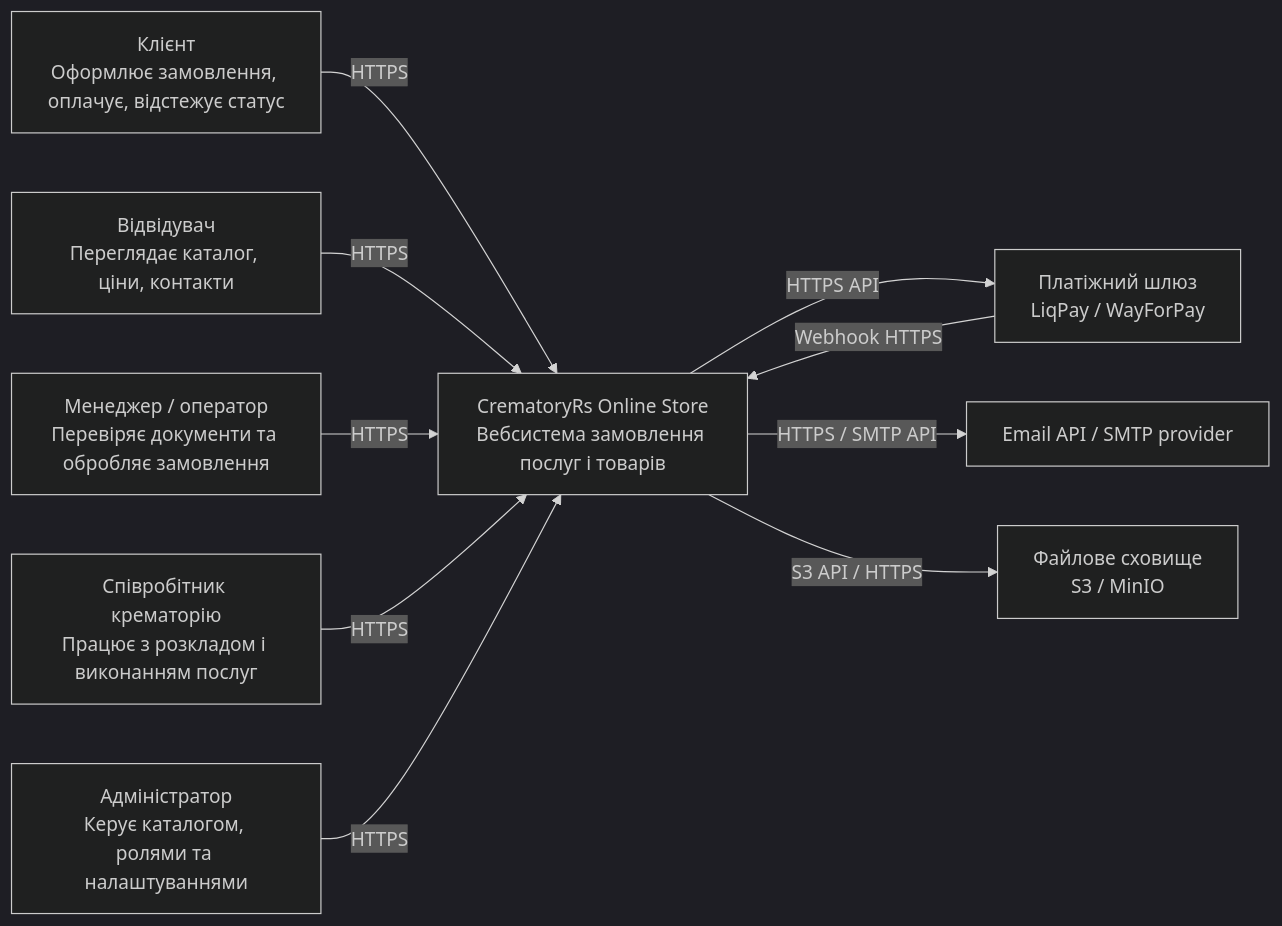
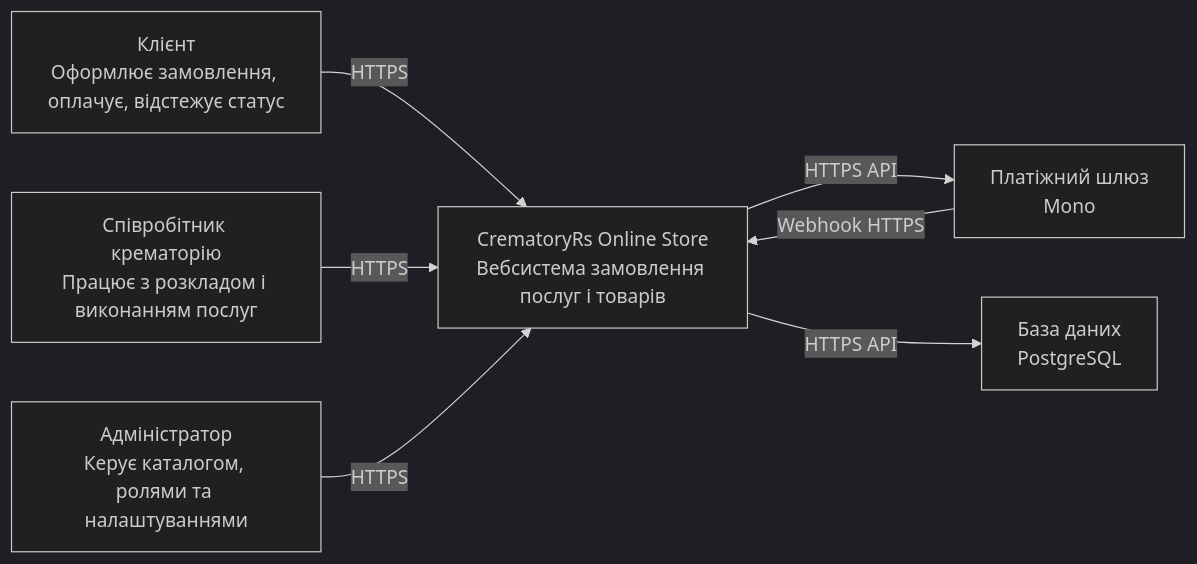
One commit to FantRS/TRVD_2026_404-TN_Kashper_Labs changed the first of 4 diagrams in server/notes/lab_2.md. Above: the diagram before and after it, drawn with Mermaid (dark theme). The commit also changed other lines of this file and 21 other files, not shown here.

````diff
--- a/server/notes/lab_2.md
+++ b/server/notes/lab_2.md
@@ -35,25 +35,19 @@
 ```mermaid
 flowchart LR
-    customer["Клієнт<br/>Оформлює замовлення, оплачує, відстежує статус"]
-    guest["Відвідувач<br/>Переглядає каталог, ціни, контакти"]
-    manager["Менеджер / оператор<br/>Перевіряє документи та обробляє замовлення"]
+    user["Клієнт<br/>Оформлює замовлення, оплачує, відстежує статус"]
     employee["Співробітник крематорію<br/>Працює з розкладом і виконанням послуг"]
     admin["Адміністратор<br/>Керує каталогом, ролями та налаштуваннями"]
 
     system["CrematoryRs Online Store<br/>Вебсистема замовлення послуг і товарів"]
 
-    payment["Платіжний шлюз<br/>LiqPay / WayForPay"]
-    mail["Email API / SMTP provider"]
-    storage["Файлове сховище<br/>S3 / MinIO"]
+    payment["Платіжний шлюз<br/>Mono"]
+    database["База даних<br />PostgreSQL"]
 
-    customer -->|HTTPS| system
-    guest -->|HTTPS| system
-    manager -->|HTTPS| system
+    user -->|HTTPS| system
     employee -->|HTTPS| system
     admin -->|HTTPS| system
 
     system -->|HTTPS API| payment
+    system -->|HTTPS API| database
     payment -->|Webhook HTTPS| system
-    system -->|HTTPS / SMTP API| mail
-    system -->|S3 API / HTTPS| storage
 ```
````
